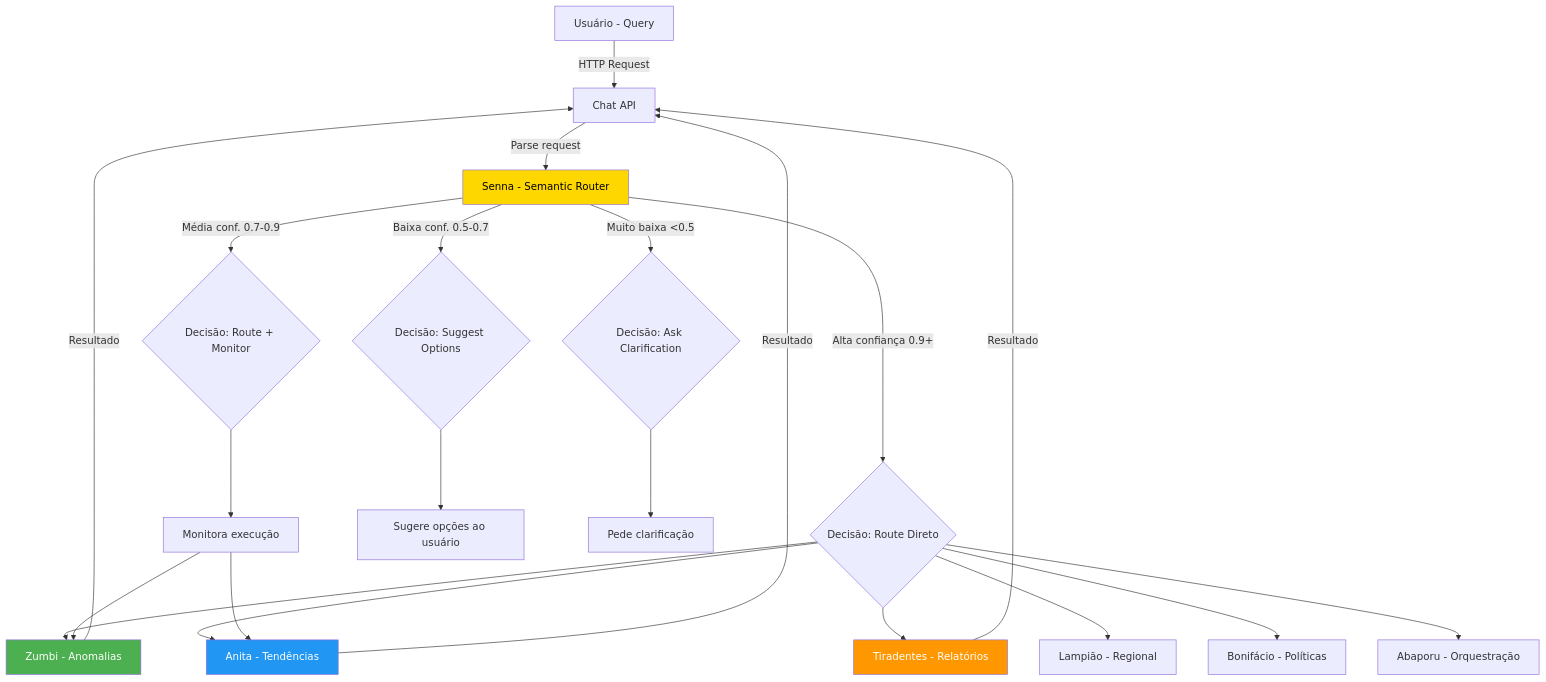
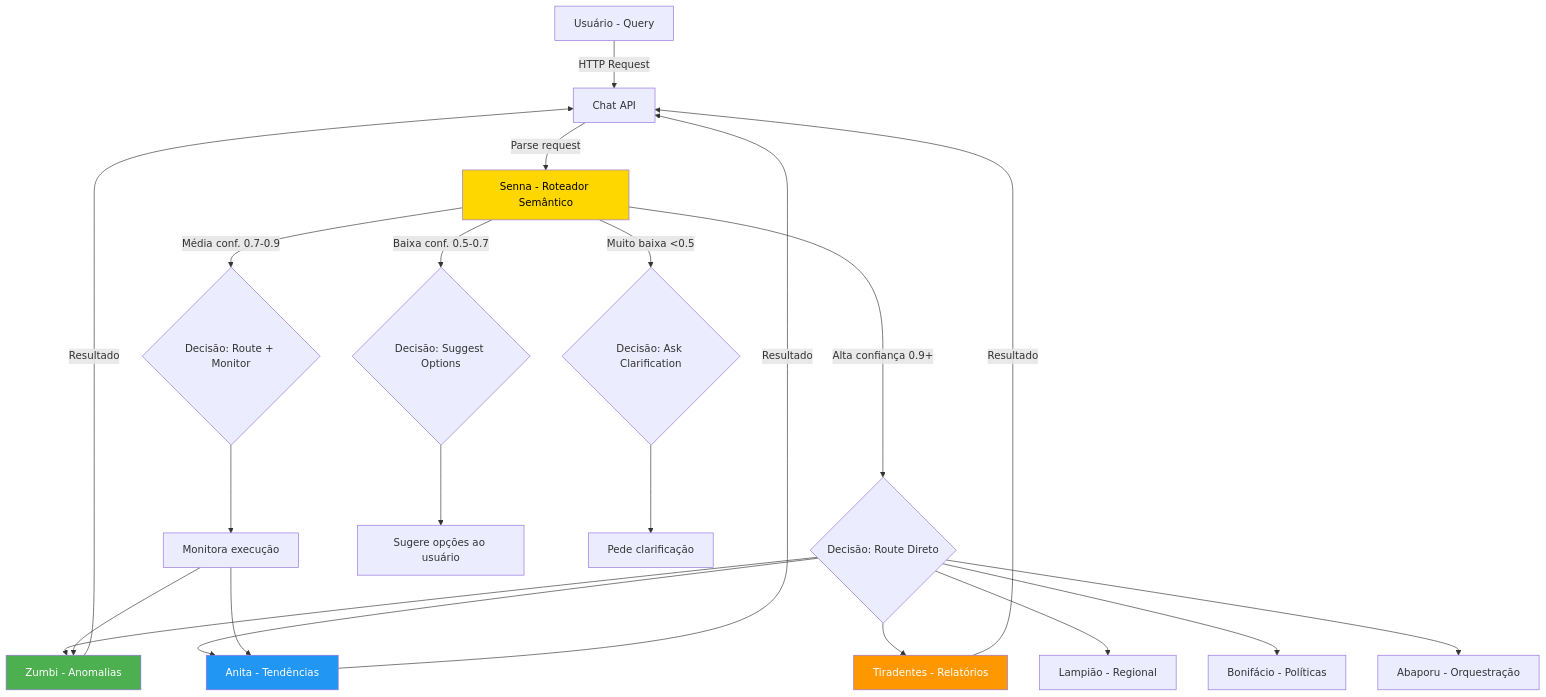
Before and after one commit to anderson-ufrj/cidadao.ai-technical-docs: the diagram in docs/agents/senna.md, drawn with Mermaid. The commit also changed other lines of this file and 17 other files, not shown here.

````diff
--- a/docs/agents/senna.md
+++ b/docs/agents/senna.md
@@ -584,33 +584,33 @@
 ```mermaid
 graph TD
     U[Usuário - Query] -->|HTTP Request| API[Chat API]
-    API -->|Parse request| S[Senna - Semantic Router]
+    API -->|Parse request| S[Senna - Roteador Semântico]
 
     S -->|Alta confiança 0.9+| D1{Decisão: Route Direto}
     S -->|Média conf. 0.7-0.9| D2{Decisão: Route + Monitor}
     S -->|Baixa conf. 0.5-0.7| D3{Decisão: Suggest Options}
     S -->|Muito baixa &lt;0.5| D4{Decisão: Ask Clarification}
 
     D1 --> Z[Zumbi - Anomalias]
     D1 --> A[Anita - Tendências]
     D1 --> T[Tiradentes - Relatórios]
     D1 --> L[Lampião - Regional]
     D1 --> B[Bonifácio - Políticas]
     D1 --> AB[Abaporu - Orquestração]
 
     D2 --> M[Monitora execução]
     M --> Z
     M --> A
 
     D3 --> SU[Sugere opções ao usuário]
     D4 --> CL[Pede clarificação]
 
     Z -->|Resultado| API
     A -->|Resultado| API
     T -->|Resultado| API
 
     style S fill:#FFD700,color:#000
     style Z fill:#4CAF50,color:#fff
     style A fill:#2196F3,color:#fff
     style T fill:#FF9800,color:#fff
 ```
````
